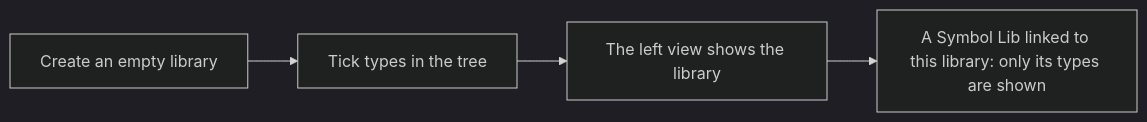
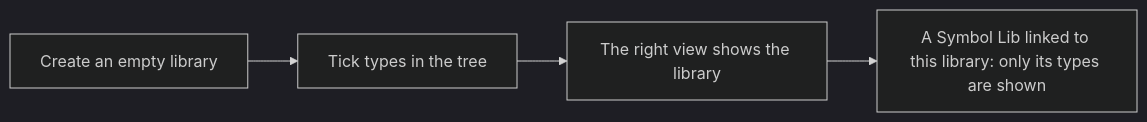
Before and after one commit to AlexandreGallais/synoptic-studio-spec: the third of 3 diagrams in metadata/10-libraries.md, drawn with Mermaid (dark theme). The commit also changed other lines of this file and 14 other files, not shown here.

````diff
--- a/metadata/10-libraries.md
+++ b/metadata/10-libraries.md
@@ -60,6 +60,6 @@
 ```mermaid
 flowchart LR
     A[Create an empty library] --> B[Tick types in the tree]
-    B --> C[The left view shows the library]
+    B --> C[The right view shows the library]
     C --> D[A Symbol Lib linked to this library: only its types are shown]
 ```
````
